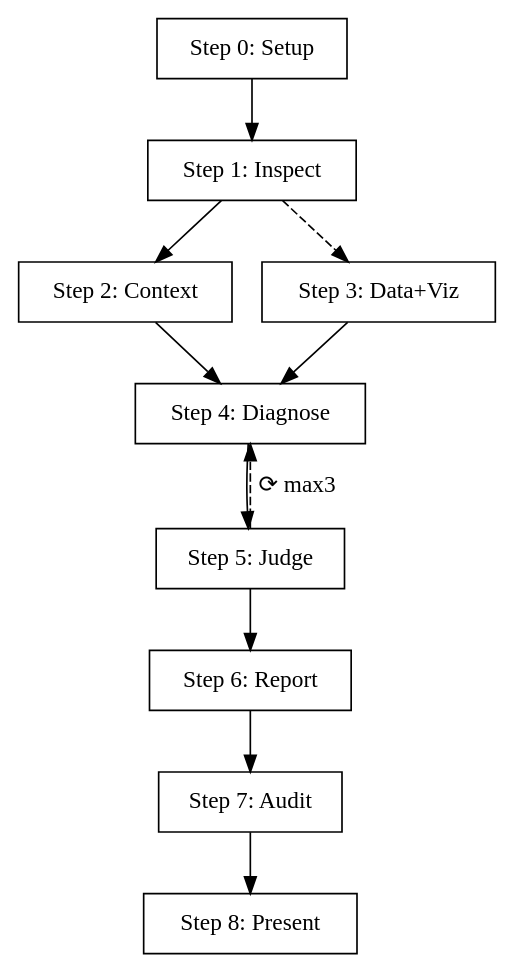
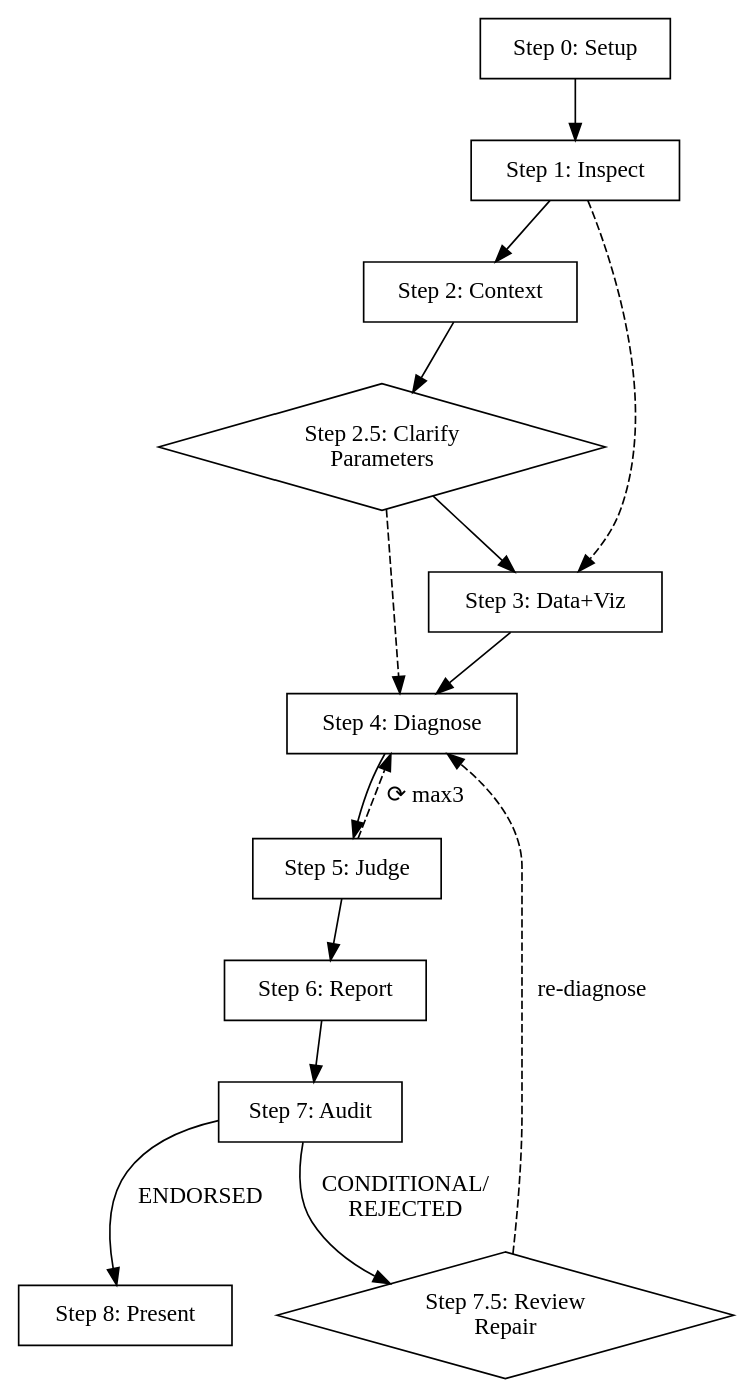
One commit to kingdol666/industrial-deep-diagnostic changed the diagram in .claude/skills/industrial-deep-diagnostic/SKILL.md. Above: the diagram before and after it, drawn with Graphviz. The commit also changed other lines of this file and 8 other files, not shown here.

````diff
--- a/.claude/skills/industrial-deep-diagnostic/SKILL.md
+++ b/.claude/skills/industrial-deep-diagnostic/SKILL.md
@@ -51,25 +51,33 @@
 ```dot
 digraph diagnostic_flow {
   rankdir=TB;
   node [shape=box];
+
   setup [label="Step 0: Setup"];
   inspect [label="Step 1: Inspect"];
   context [label="Step 2: Context"];
+  clarify [label="Step 2.5: Clarify\nParameters" shape=diamond];
   dataproc [label="Step 3: Data+Viz"];
   diag [label="Step 4: Diagnose"];
   judge [label="Step 5: Judge"];
   report [label="Step 6: Report"];
   review [label="Step 7: Audit"];
+  repair [label="Step 7.5: Review\nRepair" shape=diamond];
   present [label="Step 8: Present"];
+
   setup -> inspect;
   inspect -> context;
   inspect -> dataproc [style=dashed];
-  context -> diag;
+  context -> clarify;
+  clarify -> dataproc;
+  clarify -> diag [style=dashed];
   dataproc -> diag;
   diag -> judge;
   judge -> diag [label="⟳ max3" style=dashed];
   judge -> report;
   report -> review;
-  review -> present;
+  review -> repair [label="CONDITIONAL/\nREJECTED"];
+  repair -> diag [label="re-diagnose" style=dashed];
+  review -> present [label="ENDORSED"];
 }
 ```
````
